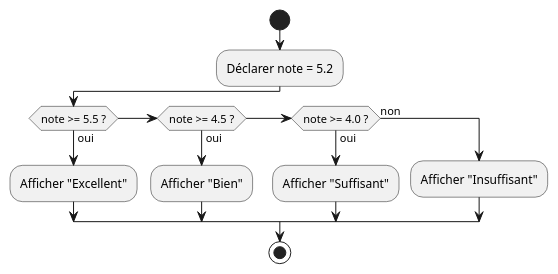
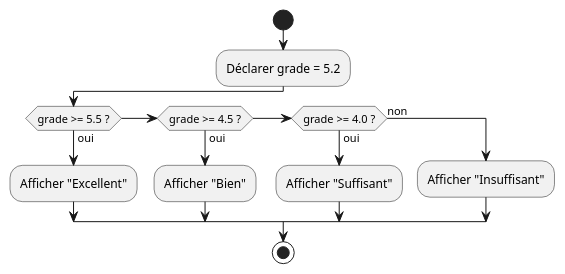
The fifth of 12 diagrams in 04.02-variables-constantes/02-exercices/README.md (HEIG-VD-Prog-Course/HEIG-VD-ProgIM-Course), drawn with PlantUML before and after one commit. The commit also changed other lines of this file and 1 other file, not shown here.

````diff
--- a/04.02-variables-constantes/02-exercices/README.md
+++ b/04.02-variables-constantes/02-exercices/README.md
@@ -390,16 +390,16 @@
 ```plantuml
 @startuml
 start
-:Déclarer note = 5.2;
-if (note >= 5.5 ?) then (oui)
+:Déclarer grade = 5.2;
+if (grade >= 5.5 ?) then (oui)
   :Afficher "Excellent";
-elseif (note >= 4.5 ?) then (oui)
+elseif (grade >= 4.5 ?) then (oui)
   :Afficher "Bien";
-elseif (note >= 4.0 ?) then (oui)
+elseif (grade >= 4.0 ?) then (oui)
   :Afficher "Suffisant";
 else (non)
   :Afficher "Insuffisant";
 endif
 stop
 @enduml
 ```
````
